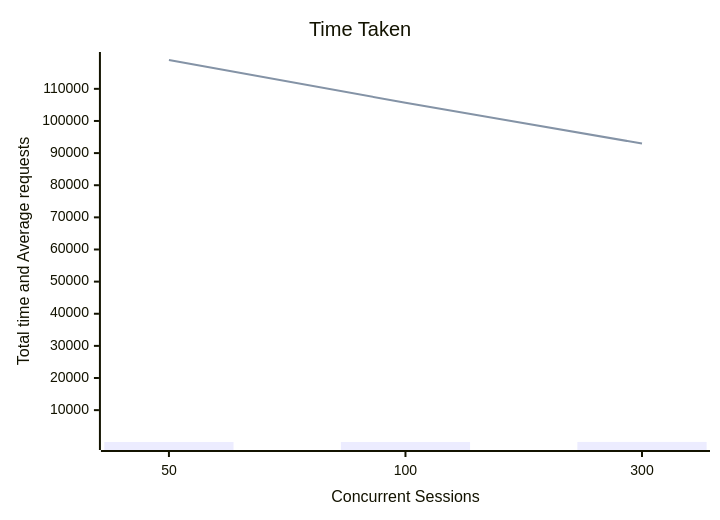
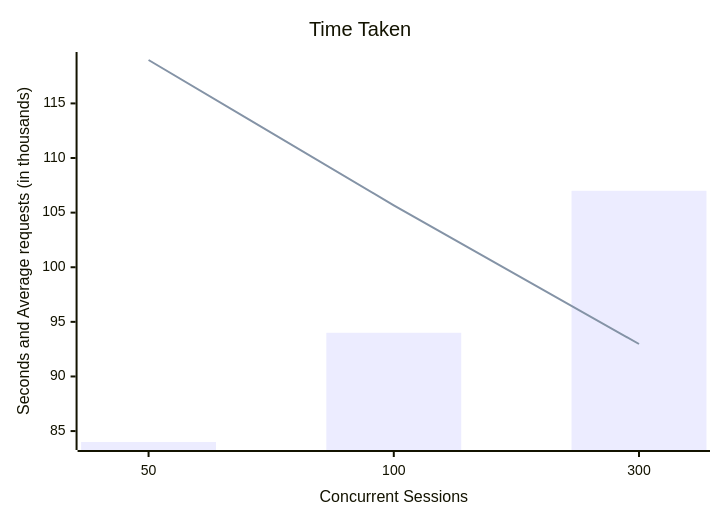
Before and after one commit to romdalf/ocp-projects: the diagram in docs/testing/benchmarking.md, drawn with Mermaid.

````diff
--- a/docs/testing/benchmarking.md
+++ b/docs/testing/benchmarking.md
@@ -403,8 +403,8 @@
 ```mermaid
 xychart-beta
   title "Time Taken"
   x-axis "Concurrent Sessions" [50, 100, 300]
-  y-axis "Total time and Average requests" 
+  y-axis "Seconds and Average requests (in thousands)" 
   bar [84, 94, 107]
-  line [118974, 105666, 92972]
+  line [118.974, 105.666, 92.972]
 ```
````
